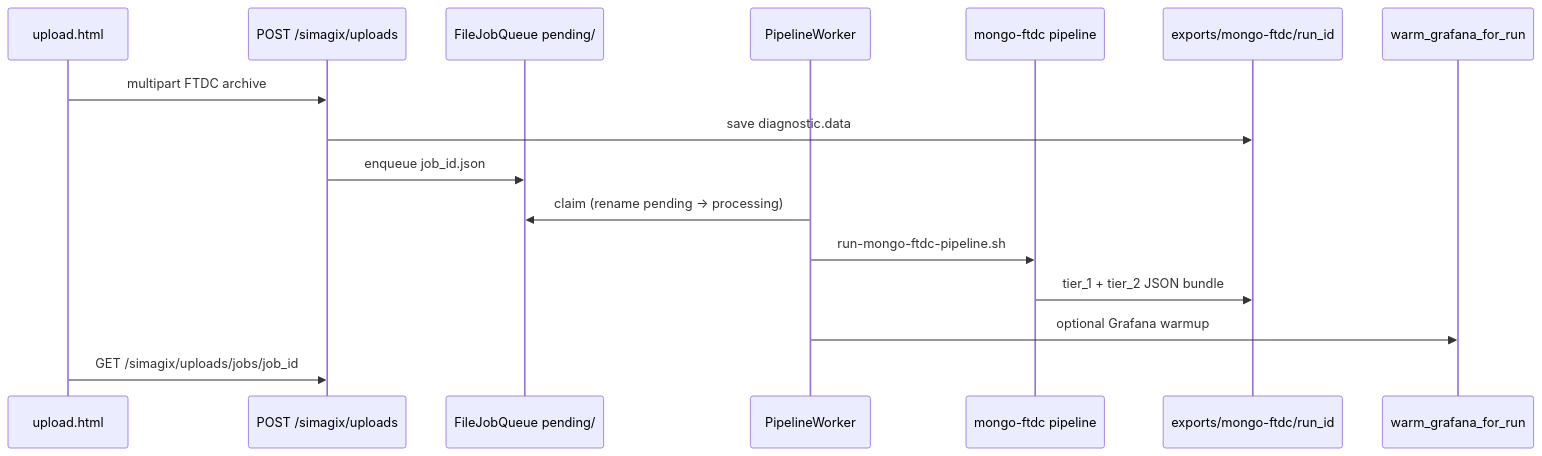
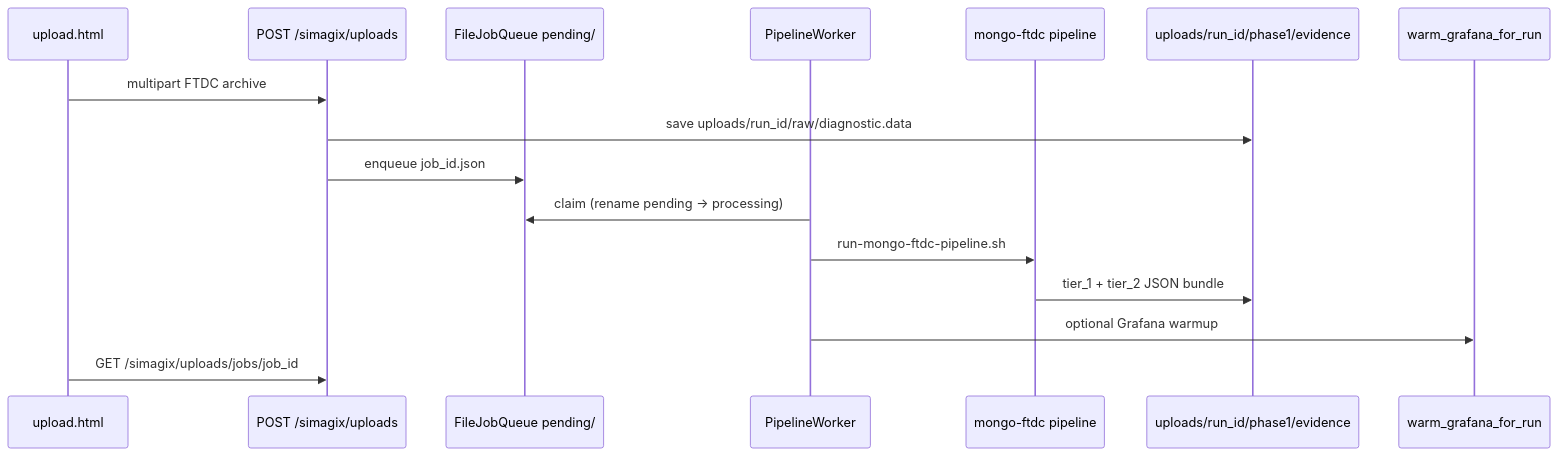
Before and after one commit to Prateek-Agarwal2006/Mongo-Debugger: the third of 7 diagrams in docs/ARCHITECTURE.md, drawn with Mermaid. The commit also changed other lines of this file and 6 other files, not shown here.

First line of the commit message:
Sync docs with Option A upload paths (uploads/{run_id}/).

````diff
--- a/docs/ARCHITECTURE.md
+++ b/docs/ARCHITECTURE.md
@@ -165,19 +165,19 @@
 ```mermaid
 sequenceDiagram
   participant UI as upload.html
   participant API as POST /simagix/uploads
   participant Q as FileJobQueue pending/
   participant W as PipelineWorker
   participant Docker as mongo-ftdc pipeline
-  participant Disk as exports/mongo-ftdc/run_id
+  participant Disk as uploads/run_id/phase1/evidence
   participant Warm as warm_grafana_for_run
 
   UI->>API: multipart FTDC archive
-  API->>Disk: save diagnostic.data
+  API->>Disk: save uploads/run_id/raw/diagnostic.data
   API->>Q: enqueue job_id.json
   W->>Q: claim (rename pending → processing)
   W->>Docker: run-mongo-ftdc-pipeline.sh
   Docker->>Disk: tier_1 + tier_2 JSON bundle
   W->>Warm: optional Grafana warmup
   UI->>API: GET /simagix/uploads/jobs/job_id
 ```
````
